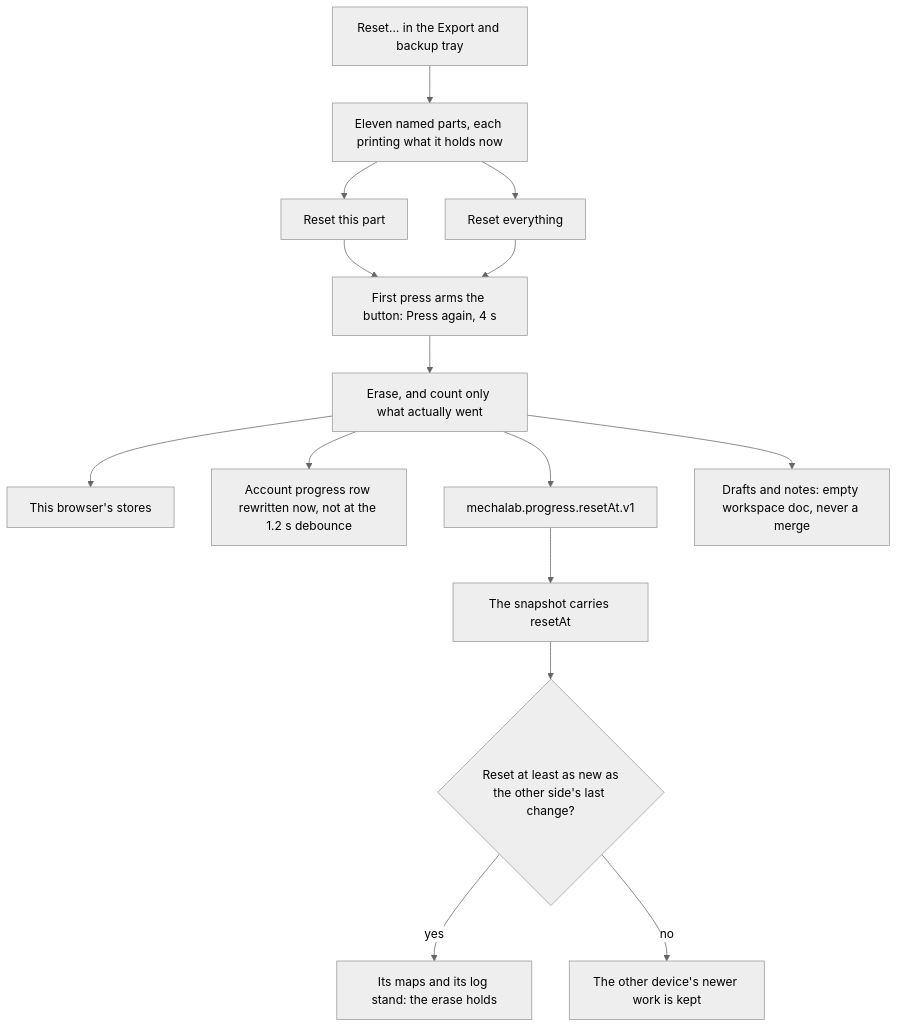
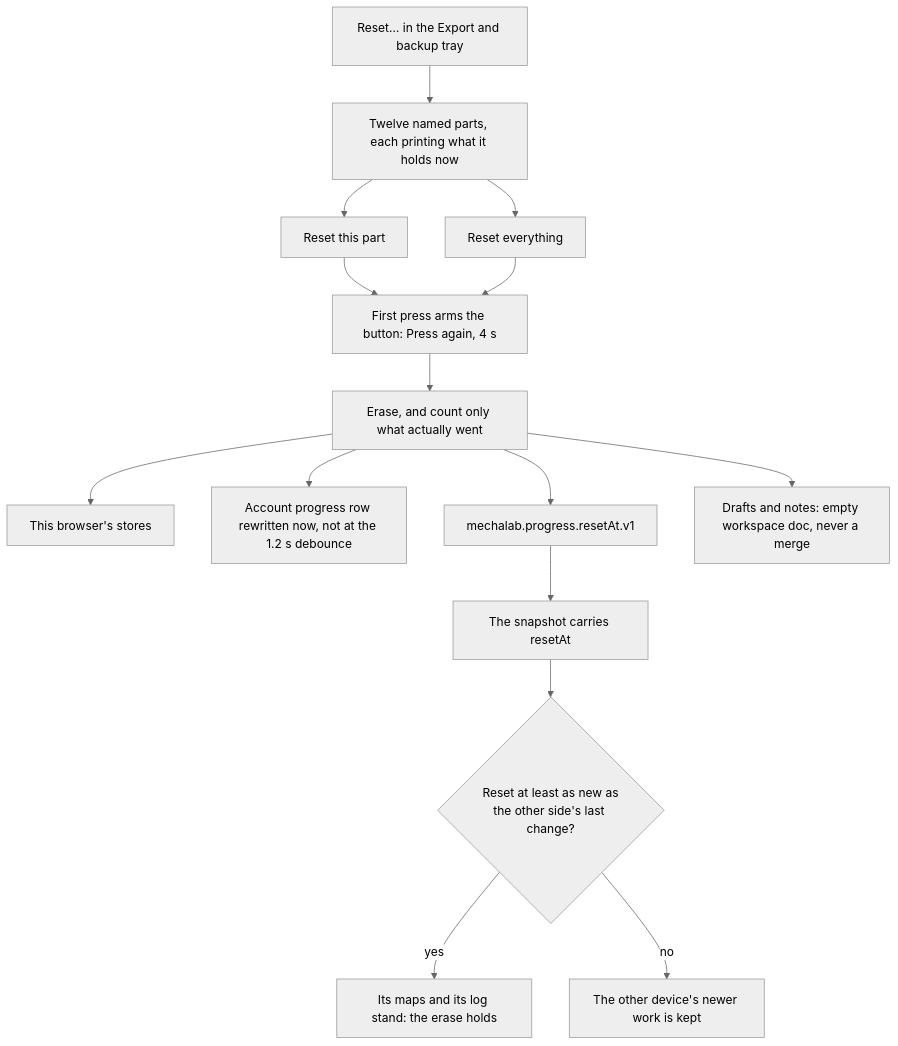
Before and after one commit to TLE47/Mechatronics-Roadmap: the diagram in docs/RESET.md, drawn with Mermaid (neutral theme). The commit also changed other lines of this file and 20 other files, not shown here.

````diff
--- a/docs/RESET.md
+++ b/docs/RESET.md
@@ -15,17 +15,17 @@
 ```mermaid
 flowchart TB
-    Door["Reset… in the Export and backup tray"] --> Panel["Eleven named parts, each printing what it holds now"]
+    Door["Reset… in the Export and backup tray"] --> Panel["Twelve named parts, each printing what it holds now"]
     Panel --> One["Reset this part"]
     Panel --> All["Reset everything"]
     One --> Armed["First press arms the button: Press again, 4 s"]
     All --> Armed
     Armed --> Erase["Erase, and count only what actually went"]
     Erase --> Local["This browser's stores"]
     Erase --> Row["Account progress row rewritten now, not at the 1.2 s debounce"]
     Erase --> Watermark["mechalab.progress.resetAt.v1"]
     Watermark --> Snapshot["The snapshot carries resetAt"]
     Snapshot --> Newer{"Reset at least as new as\nthe other side's last change?"}
     Newer -->|"yes"| Stands["Its maps and its log stand: the erase holds"]
     Newer -->|"no"| Kept["The other device's newer work is kept"]
     Erase --> Workspace["Drafts and notes: empty workspace doc, never a merge"]
 ```
````
